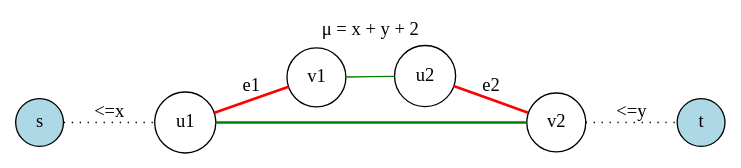
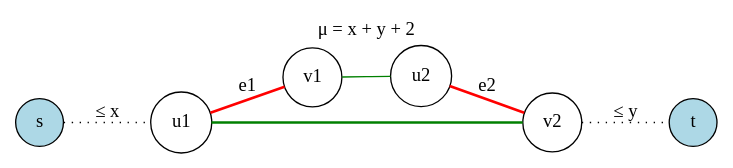
One commit to amitai100/bidirectional-dijkstra changed the fifth of 8 diagrams in presentation.qmd. Above: the diagram before and after it, drawn with Graphviz. The commit also changed other lines of this file and 1 other file, not shown here.

````diff
--- a/presentation.qmd
+++ b/presentation.qmd
@@ -140,23 +163,23 @@
 ```{dot}
 graph  {
     label="μ = x + y + 2";
     labelloc = "t";
     rankdir=LR
     node [shape=circle];
     s [label="s", style=filled, fillcolor=lightblue];
     t [label="t", style=filled, fillcolor=lightblue];
     u1 [label="u1"];
     v1 [label="v1"];
     u2 [label="u2"];
     v2 [label="v2"];
 
-    s -- u1 [style="dotted", label="<=x"];
-    v2 -- t [style="dotted", label="<=y"];
+    s -- u1 [style="dotted", label=" ≤ x"];
+    v2 -- t [style="dotted", label=" ≤ y"];
     u1 -- v1 [label="e1", color=red, penwidth=2];
     u2 -- v2 [label="e2", color=red, penwidth=2];
     
     u1 -- v2 [color=green, penwidth=2];
     v1 -- u2 [color=green, penwidth=1];
     
 }
 ```
````
